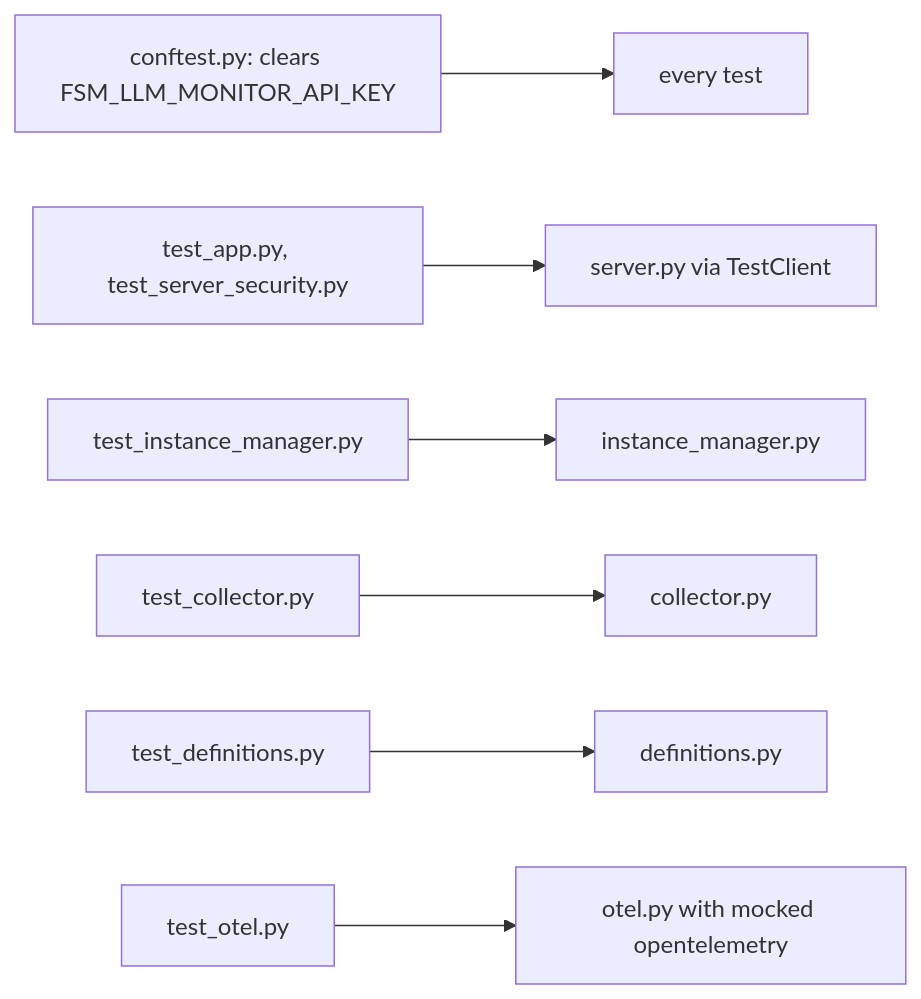
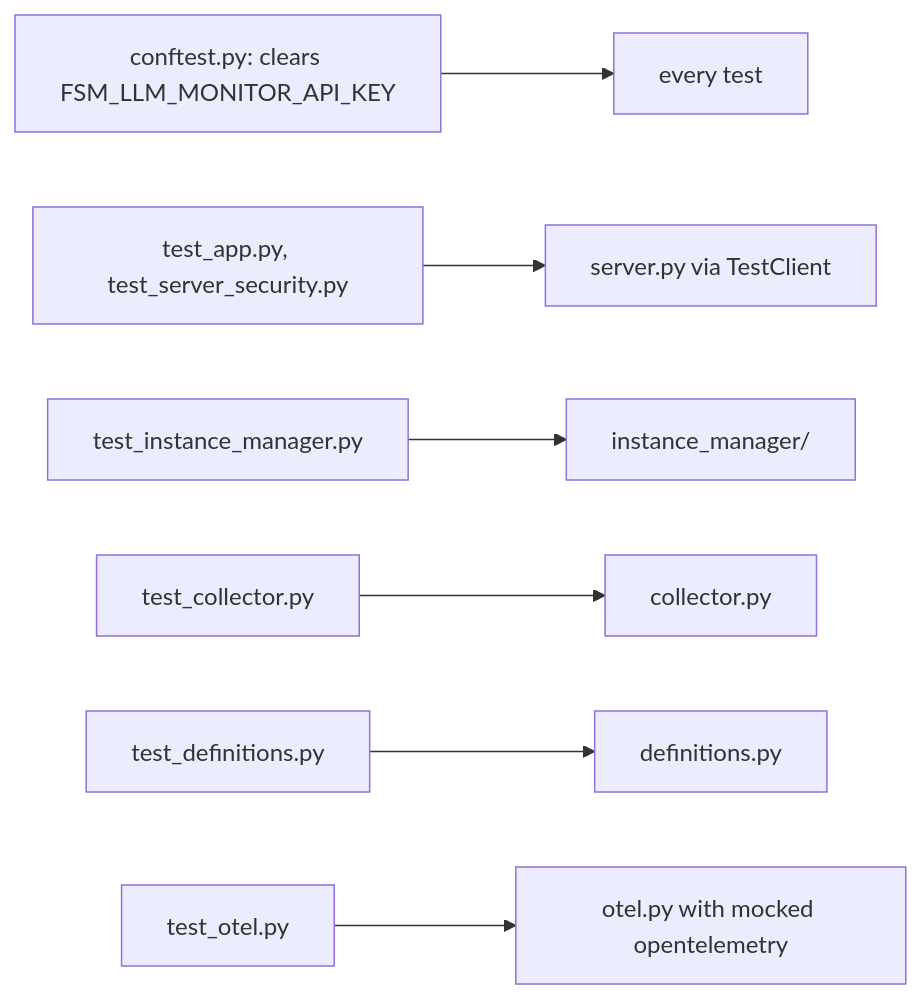
Before and after one commit to NikolasMarkou/fsm_llm: the diagram in tests/test_fsm_llm_monitor/README.md, drawn with Mermaid. The commit also changed other lines of this file and 26 other files, not shown here.

First line of the commit message:
[plan-2026-11-12-d454fd62/iter-1/step-93] refactor(monitor): split the instance manager

````diff
--- a/tests/test_fsm_llm_monitor/README.md
+++ b/tests/test_fsm_llm_monitor/README.md
@@ -13,9 +13,9 @@
 ```mermaid
 flowchart LR
     conftest[conftest.py: clears FSM_LLM_MONITOR_API_KEY] --> all[every test]
     app[test_app.py, test_server_security.py] --> server[server.py via TestClient]
-    im[test_instance_manager.py] --> manager[instance_manager.py]
+    im[test_instance_manager.py] --> manager[instance_manager/]
     col[test_collector.py] --> collector[collector.py]
     defs[test_definitions.py] --> definitions[definitions.py]
     ot[test_otel.py] --> otel[otel.py with mocked opentelemetry]
 ```
````
